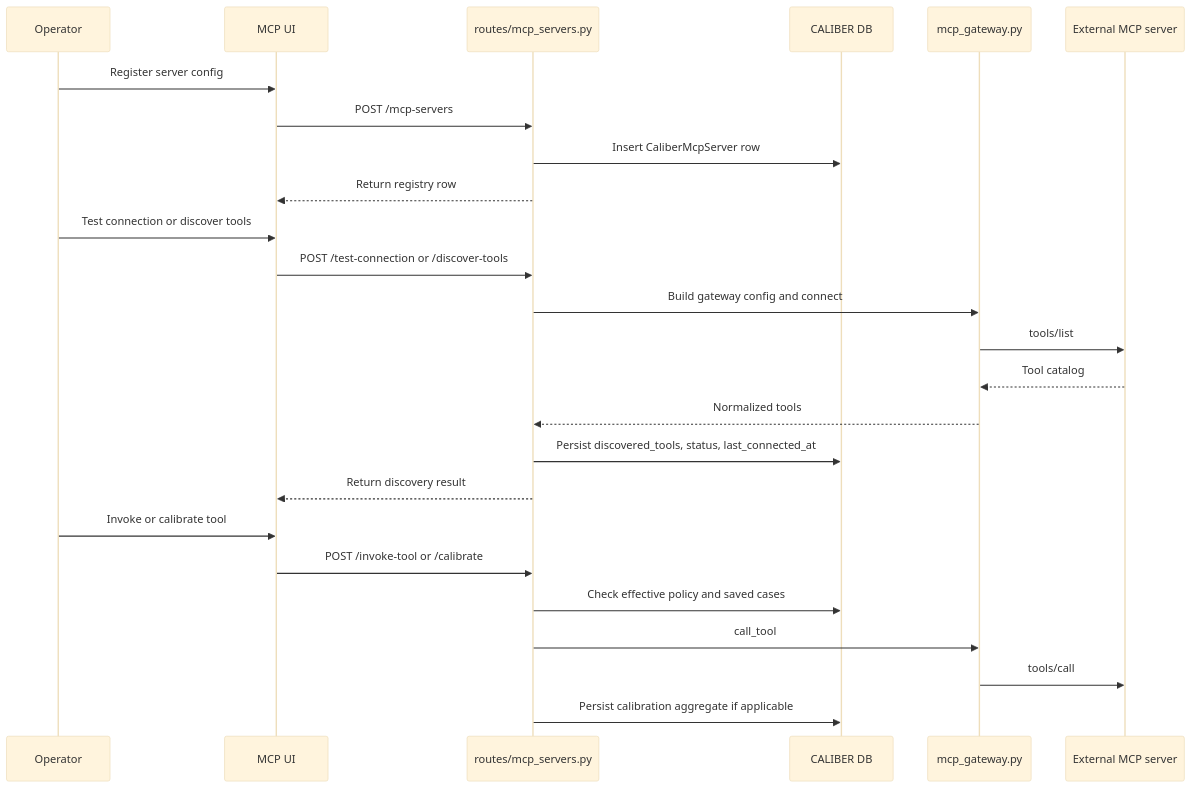
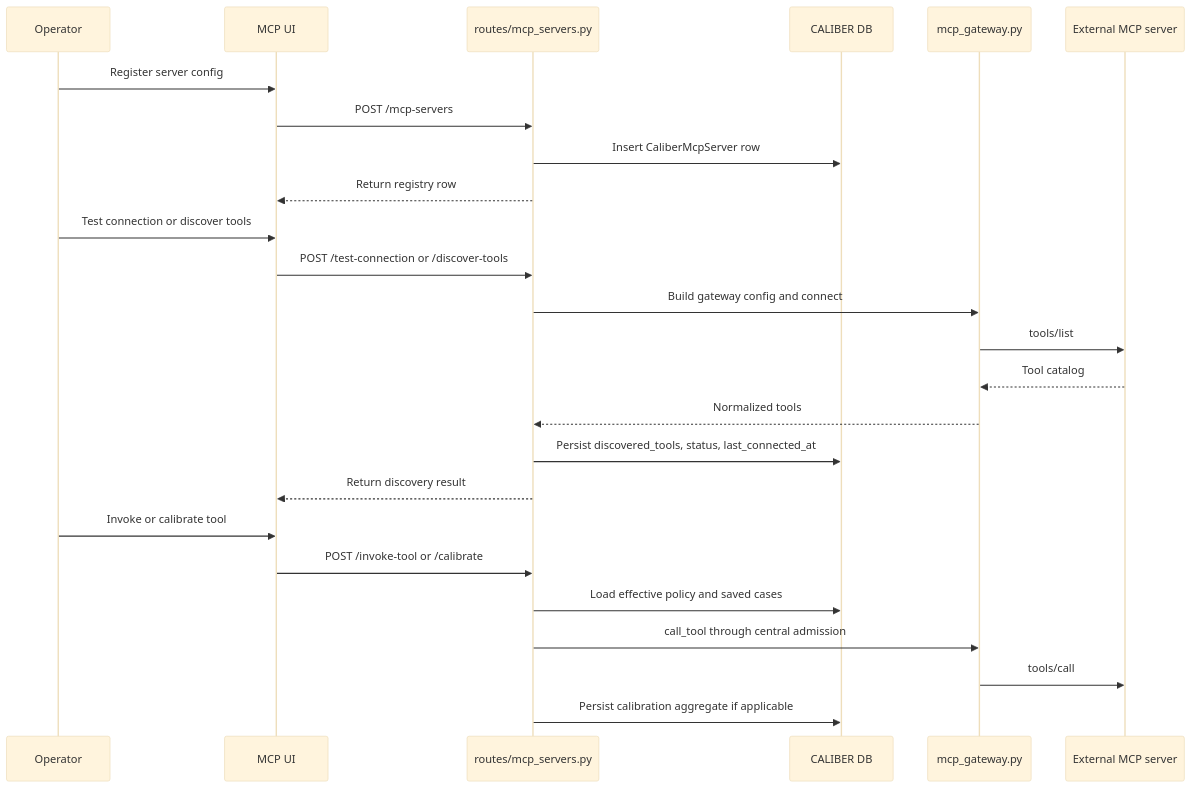
The second of 2 diagrams in caliber/caliber-ui/public/docs/m-05-mcp.md (rrahimi-uci/caliber-suite), drawn with Mermaid (base theme) before and after one commit. The commit also changed other lines of this file and 127 other files, not shown here.

````diff
--- a/caliber/caliber-ui/public/docs/m-05-mcp.md
+++ b/caliber/caliber-ui/public/docs/m-05-mcp.md
@@ -175,30 +189,30 @@
 ```mermaid
 sequenceDiagram
     participant U as Operator
     participant UI as MCP UI
     participant API as routes/mcp_servers.py
     participant DB as CALIBER DB
     participant GW as mcp_gateway.py
     participant MCP as External MCP server
 
     U->>UI: Register server config
     UI->>API: POST /mcp-servers
     API->>DB: Insert CaliberMcpServer row
     API-->>UI: Return registry row
 
     U->>UI: Test connection or discover tools
     UI->>API: POST /test-connection or /discover-tools
     API->>GW: Build gateway config and connect
     GW->>MCP: tools/list
     MCP-->>GW: Tool catalog
     GW-->>API: Normalized tools
     API->>DB: Persist discovered_tools, status, last_connected_at
     API-->>UI: Return discovery result
 
     U->>UI: Invoke or calibrate tool
     UI->>API: POST /invoke-tool or /calibrate
-    API->>DB: Check effective policy and saved cases
-    API->>GW: call_tool
+    API->>DB: Load effective policy and saved cases
+    API->>GW: call_tool through central admission
     GW->>MCP: tools/call
     API->>DB: Persist calibration aggregate if applicable
 ```
````
